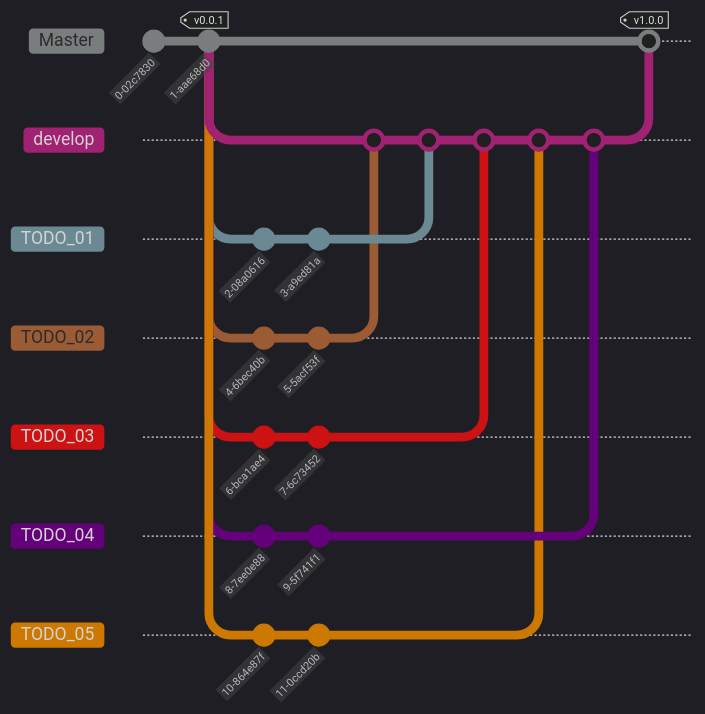
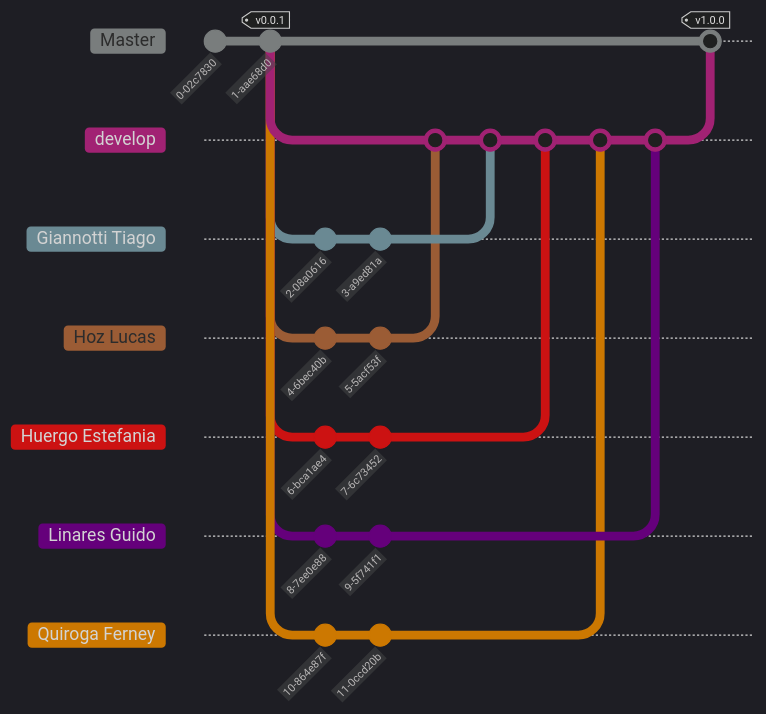
One commit to hozlucas28/C-Practical-Work-2024 changed the diagram in .github/translations/es/README.md. Above: the diagram before and after it, drawn with Mermaid. The commit also changed other lines of this file and 1 other file, not shown here. Commit ids are hidden.

Commit message:
doc: add development team

````diff
--- a/.github/translations/es/README.md
+++ b/.github/translations/es/README.md
@@ -149,34 +149,34 @@
 ```mermaid
 %%{init: { 'logLevel': 'debug', 'theme': 'dark', 'gitGraph': {'showBranches': true, 'showCommitLabel': true, 'mainBranchName': 'Master', 'parallelCommits': true}} }%%
     gitGraph:
         commit
         commit tag: "v0.0.1"
         branch develop
-        branch TODO_01
+        branch "Giannotti Tiago"
         commit
         commit
         checkout develop
-        branch TODO_02
+        branch "Hoz Lucas"
         commit
         commit
         checkout develop
-        branch TODO_03
+        branch "Huergo Estefania"
         commit
         commit
         checkout develop
-        branch TODO_04
+        branch "Linares Guido"
         commit
         commit
         checkout develop
-        branch TODO_05
+        branch "Quiroga Ferney"
         commit
         commit
         checkout develop
-        merge TODO_02
-        merge TODO_01
-        merge TODO_03
-        merge TODO_05
-        merge TODO_04
+        merge "Hoz Lucas"
+        merge "Giannotti Tiago"
+        merge "Huergo Estefania"
+        merge "Quiroga Ferney"
+        merge "Linares Guido"
         checkout Master
         merge develop tag: "v1.0.0"
 ```
````
